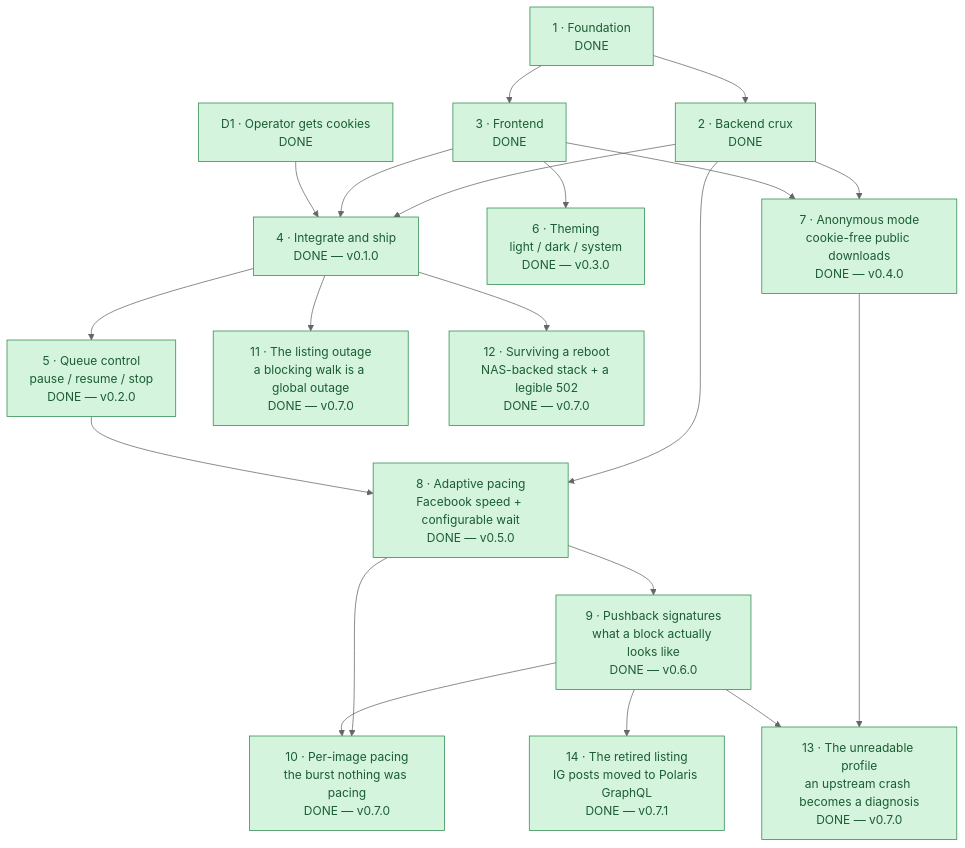
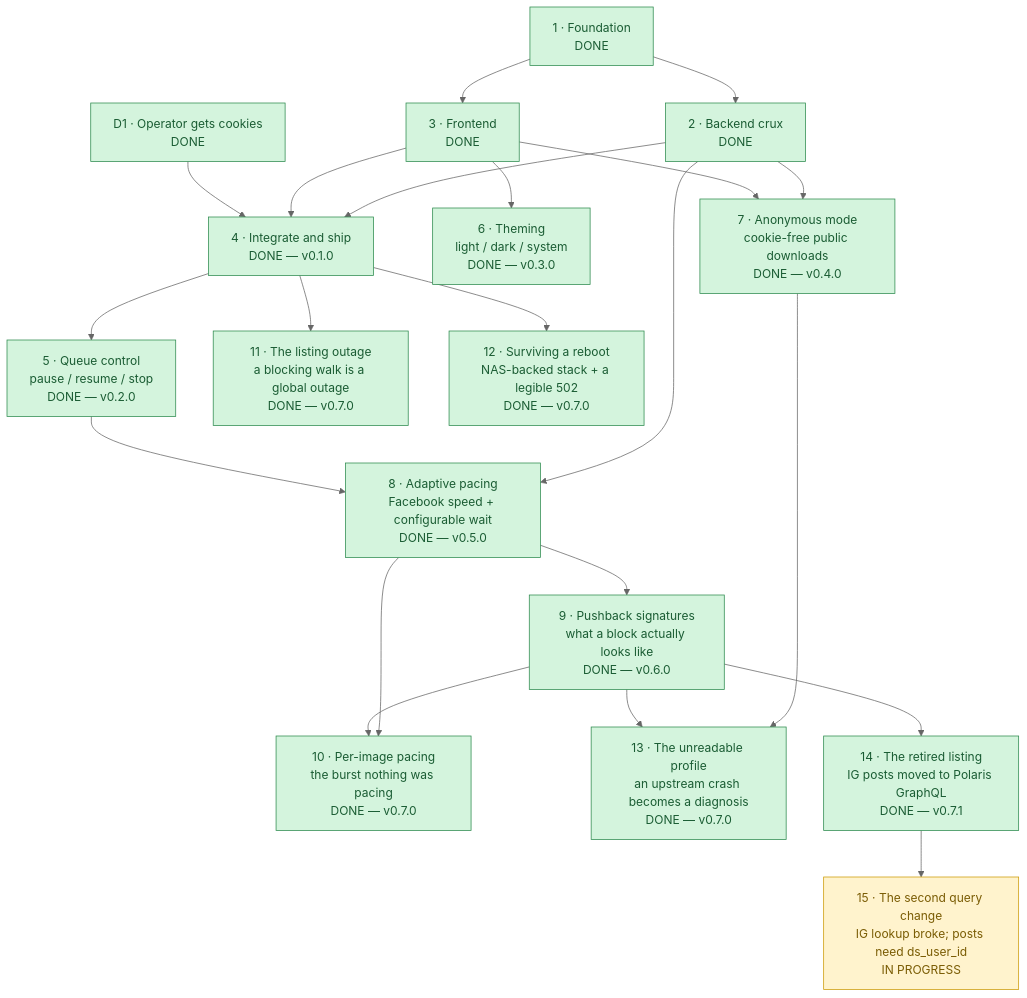
One commit to lumduan/gallery-dl-web changed the diagram in ROADMAP.md. Above: the diagram before and after it, drawn with Mermaid (neutral theme). The commit also changed other lines of this file and 16 other files, not shown here.

````diff
--- a/ROADMAP.md
+++ b/ROADMAP.md
@@ -8,42 +8,44 @@
 ```mermaid
 flowchart TD
     P1["1 · Foundation<br/>DONE"] --> P2["2 · Backend crux<br/>DONE"]
     P1 --> P3["3 · Frontend<br/>DONE"]
     P2 --> P4["4 · Integrate and ship<br/>DONE — v0.1.0"]
     P3 --> P4
     D1["D1 · Operator gets cookies<br/>DONE"] --> P4
     P4 --> P5["5 · Queue control<br/>pause / resume / stop<br/>DONE — v0.2.0"]
     P3 --> P6["6 · Theming<br/>light / dark / system<br/>DONE — v0.3.0"]
     P2 --> P7["7 · Anonymous mode<br/>cookie-free public downloads<br/>DONE — v0.4.0"]
     P3 --> P7
     P2 --> P8["8 · Adaptive pacing<br/>Facebook speed + configurable wait<br/>DONE — v0.5.0"]
     P5 --> P8
     P8 --> P9["9 · Pushback signatures<br/>what a block actually looks like<br/>DONE — v0.6.0"]
     P8 --> P10["10 · Per-image pacing<br/>the burst nothing was pacing<br/>DONE — v0.7.0"]
     P9 --> P10
     P4 --> P11["11 · The listing outage<br/>a blocking walk is a global outage<br/>DONE — v0.7.0"]
     P4 --> P12["12 · Surviving a reboot<br/>NAS-backed stack + a legible 502<br/>DONE — v0.7.0"]
     P7 --> P13["13 · The unreadable profile<br/>an upstream crash becomes a diagnosis<br/>DONE — v0.7.0"]
     P9 --> P13
     P9 --> P14["14 · The retired listing<br/>IG posts moved to Polaris GraphQL<br/>DONE — v0.7.1"]
+    P14 --> P15["15 · The second query change<br/>IG lookup broke; posts need ds_user_id<br/>IN PROGRESS"]
 
     classDef done     fill:#d4f4dd,stroke:#2d8a4e,color:#1a5c33
     classDef active   fill:#fff3cd,stroke:#cc9a06,color:#7a5c04
     classDef decision fill:#fde0e0,stroke:#d05555,color:#8f2e2e
 
     class P9 done
     class P10 done
     class P11 done
     class P12 done
     class P13 done
     class P14 done
+    class P15 active
     class P1 done
     class P2 done
     class P3 done
     class P4 done
     class P5 done
     class P6 done
     class D1 done
     class P7 done
     class P8 done
 ```
````
